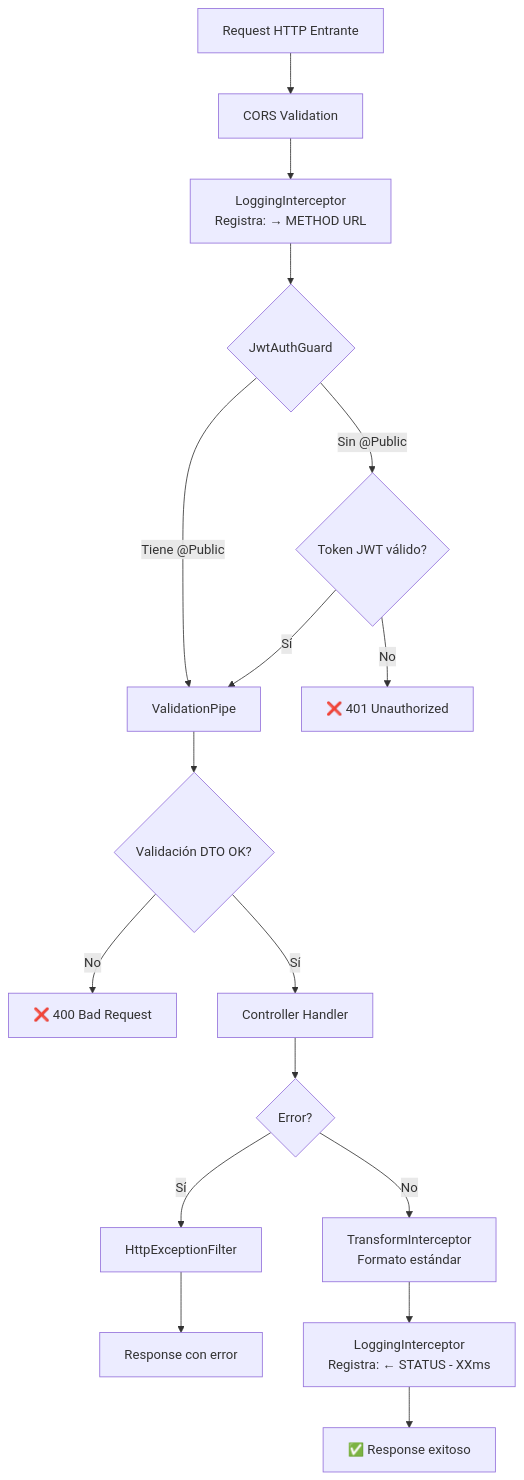
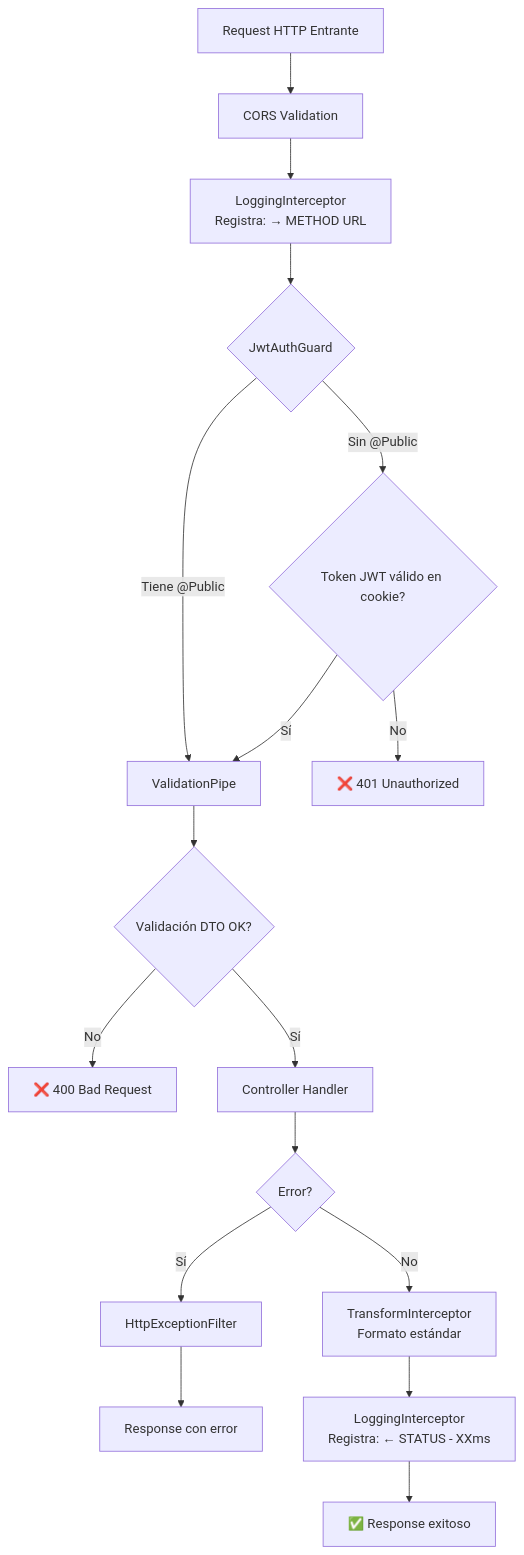
The first of 14 diagrams in FLUJOS.md (davitpra/backend-claw-and-soul-), drawn with Mermaid before and after one commit. The commit also changed other lines of this file and 3 other files, not shown here.

Commit message:
feat(auth): update JWT strategy, guards, filters and flow documentation

````diff
--- a/FLUJOS.md
+++ b/FLUJOS.md
@@ -20,19 +20,19 @@
 ```mermaid
 graph TD
     A[Request HTTP Entrante] --> B[CORS Validation]
     B --> C[LoggingInterceptor<br/>Registra: → METHOD URL]
     C --> D{JwtAuthGuard}
     D -->|Tiene @Public| F[ValidationPipe]
-    D -->|Sin @Public| E{Token JWT válido?}
+    D -->|Sin @Public| E{Token JWT válido en cookie?}
     E -->|No| Z1[❌ 401 Unauthorized]
     E -->|Sí| F
     F --> G{Validación DTO OK?}
     G -->|No| Z2[❌ 400 Bad Request]
     G -->|Sí| H[Controller Handler]
     H --> I{Error?}
     I -->|Sí| J[HttpExceptionFilter]
     I -->|No| K[TransformInterceptor<br/>Formato estándar]
     J --> L[Response con error]
     K --> M[LoggingInterceptor<br/>Registra: ← STATUS - XXms]
     M --> N[✅ Response exitoso]
 ```
````
